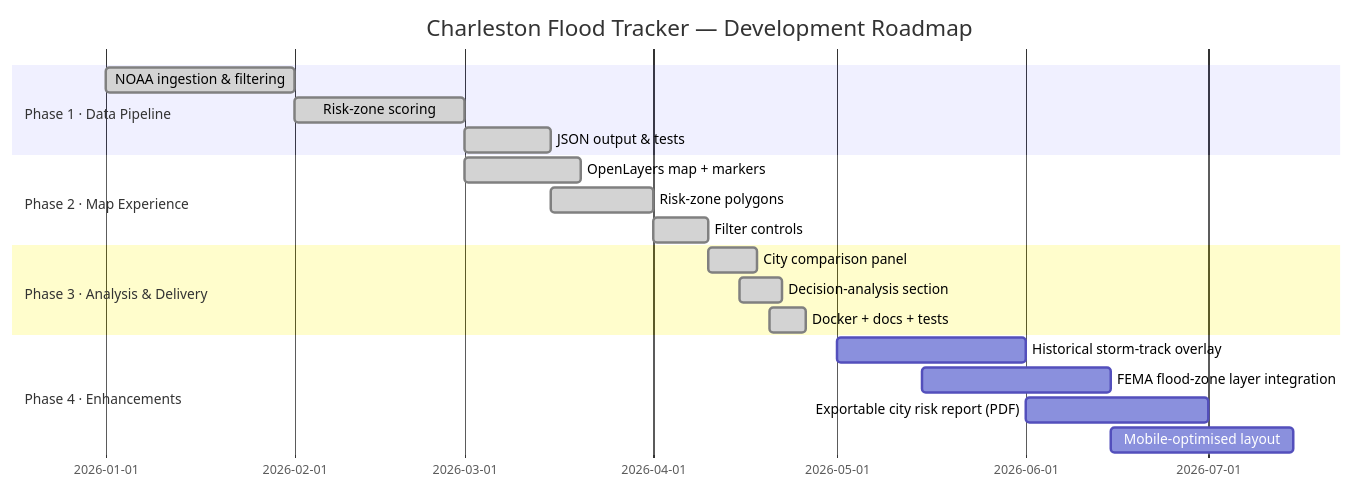
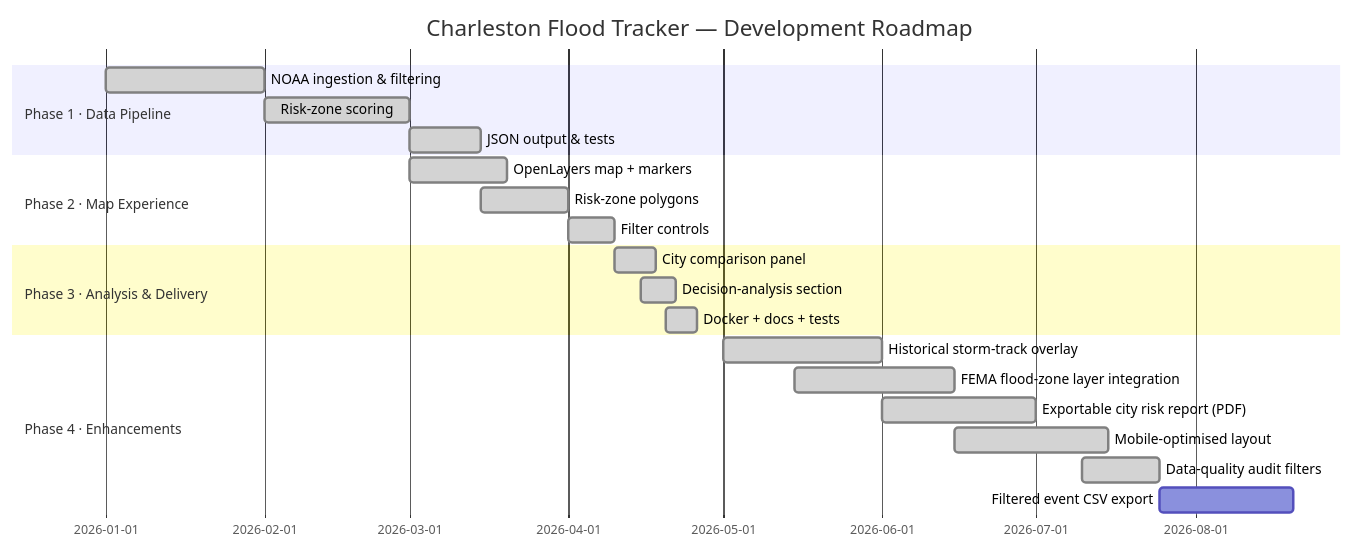
The fifth of 6 diagrams in README.md (hkevin01/charleston-flood-history-tracker), drawn with Mermaid before and after one commit. The commit also changed other lines of this file and 3 other files, not shown here.

````diff
--- a/README.md
+++ b/README.md
@@ -433,22 +433,24 @@
 ```mermaid
 gantt
     title Charleston Flood Tracker — Development Roadmap
     dateFormat  YYYY-MM-DD
     section Phase 1 · Data Pipeline
         NOAA ingestion & filtering   :done,    p1a, 2026-01-01, 2026-02-01
         Risk-zone scoring            :done,    p1b, 2026-02-01, 2026-03-01
         JSON output & tests          :done,    p1c, 2026-03-01, 2026-03-15
     section Phase 2 · Map Experience
         OpenLayers map + markers     :done,    p2a, 2026-03-01, 2026-03-20
         Risk-zone polygons           :done,    p2b, 2026-03-15, 2026-04-01
         Filter controls              :done,    p2c, 2026-04-01, 2026-04-10
     section Phase 3 · Analysis & Delivery
         City comparison panel        :done,    p3a, 2026-04-10, 2026-04-18
         Decision-analysis section    :done,    p3b, 2026-04-15, 2026-04-22
         Docker + docs + tests        :done,    p3c, 2026-04-20, 2026-04-26
     section Phase 4 · Enhancements
-        Historical storm-track overlay    :         p4a, 2026-05-01, 2026-06-01
-        FEMA flood-zone layer integration :         p4b, 2026-05-15, 2026-06-15
-        Exportable city risk report (PDF) :         p4c, 2026-06-01, 2026-07-01
-        Mobile-optimised layout           :         p4d, 2026-06-15, 2026-07-15
+      Historical storm-track overlay    :done,    p4a, 2026-05-01, 2026-06-01
+      FEMA flood-zone layer integration :done,    p4b, 2026-05-15, 2026-06-15
+      Exportable city risk report (PDF) :done,    p4c, 2026-06-01, 2026-07-01
+      Mobile-optimised layout           :done,    p4d, 2026-06-15, 2026-07-15
+      Data-quality audit filters        :done,    p4e, 2026-07-10, 2026-07-25
+      Filtered event CSV export         :         p4f, 2026-07-25, 2026-08-20
 ```
````
